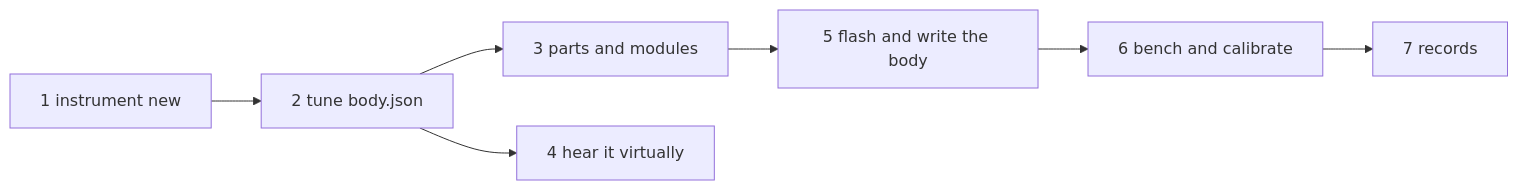
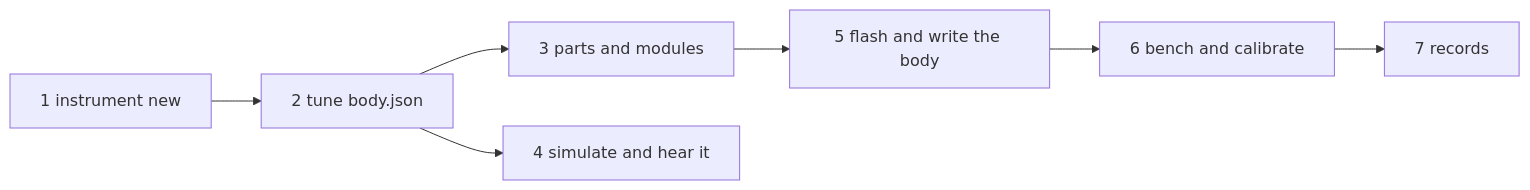
Before and after one commit to fotijr/MetroDom: the diagram in docs/references/new-instrument.md, drawn with Mermaid. The commit also changed other lines of this file and 19 other files, not shown here.

Commit message:
feat: virtual and simulate --body run a software brain that matches the firmware

````diff
--- a/docs/references/new-instrument.md
+++ b/docs/references/new-instrument.md
@@ -13,6 +12,6 @@
 ```mermaid
 flowchart LR
   new[1 instrument new] --> body[2 tune body.json] --> parts[3 parts and modules]
-  body --> hear[4 hear it virtually]
+  body --> hear[4 simulate and hear it]
   parts --> flash[5 flash and write the body] --> bench[6 bench and calibrate] --> records[7 records]
 ```
````
